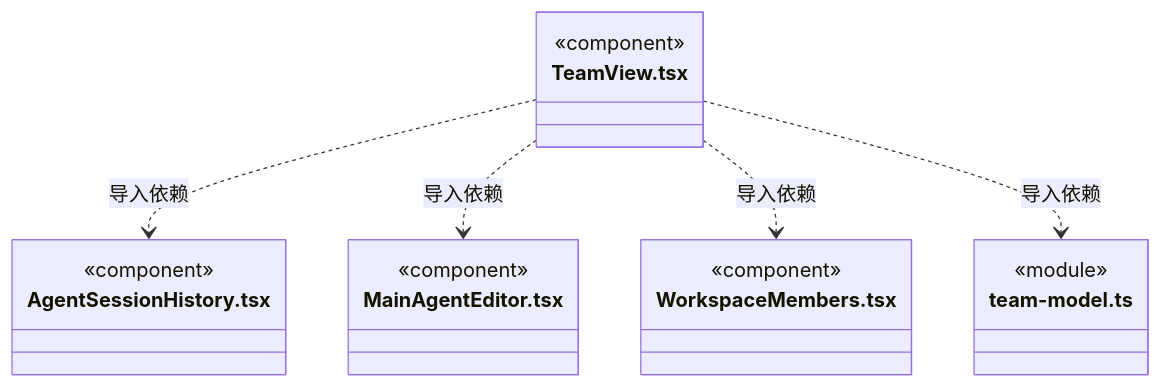
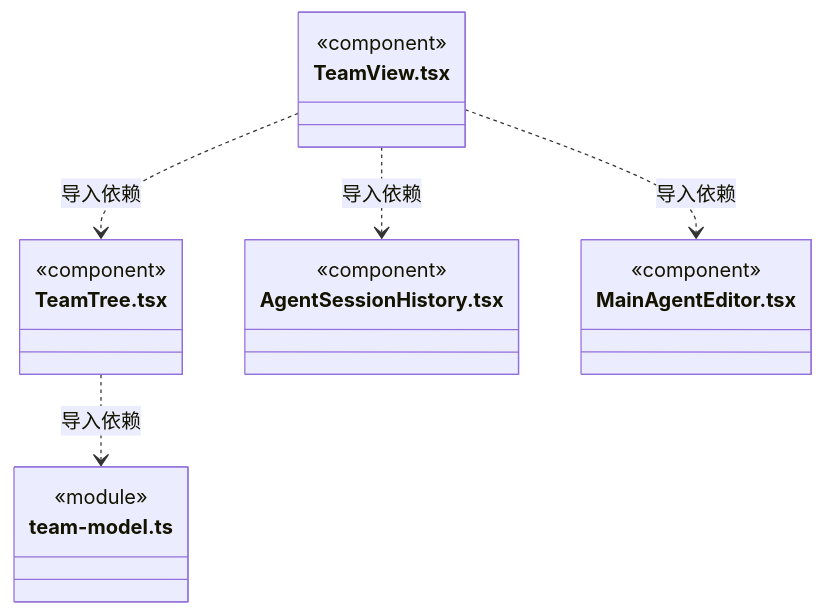
One commit to nan023062/cbim changed diagram 27 of 29 in src/view/team/ARCHITECTURE.md. Above: the diagram before and after it, drawn with Mermaid. The commit also changed other lines of this file and 13 other files, not shown here.

````diff
--- a/src/view/team/ARCHITECTURE.md
+++ b/src/view/team/ARCHITECTURE.md
@@ -463,22 +476,22 @@
 ```mermaid
 classDiagram
+class N_src_view_team_TeamTree_tsx["TeamTree.tsx"] {
+  <<component>>
+}
+class N_src_view_team_team_model_ts["team-model.ts"] {
+  <<module>>
+}
 class N_src_view_team_TeamView_tsx["TeamView.tsx"] {
   <<component>>
 }
 class N_src_view_team_AgentSessionHistory_tsx["AgentSessionHistory.tsx"] {
   <<component>>
 }
 class N_src_view_team_MainAgentEditor_tsx["MainAgentEditor.tsx"] {
   <<component>>
 }
-class N_src_view_team_WorkspaceMembers_tsx["WorkspaceMembers.tsx"] {
-  <<component>>
-}
-class N_src_view_team_team_model_ts["team-model.ts"] {
-  <<module>>
-}
+N_src_view_team_TeamTree_tsx ..> N_src_view_team_team_model_ts : 导入依赖
+N_src_view_team_TeamView_tsx ..> N_src_view_team_TeamTree_tsx : 导入依赖
 N_src_view_team_TeamView_tsx ..> N_src_view_team_AgentSessionHistory_tsx : 导入依赖
 N_src_view_team_TeamView_tsx ..> N_src_view_team_MainAgentEditor_tsx : 导入依赖
-N_src_view_team_TeamView_tsx ..> N_src_view_team_WorkspaceMembers_tsx : 导入依赖
-N_src_view_team_TeamView_tsx ..> N_src_view_team_team_model_ts : 导入依赖
 ```
````
